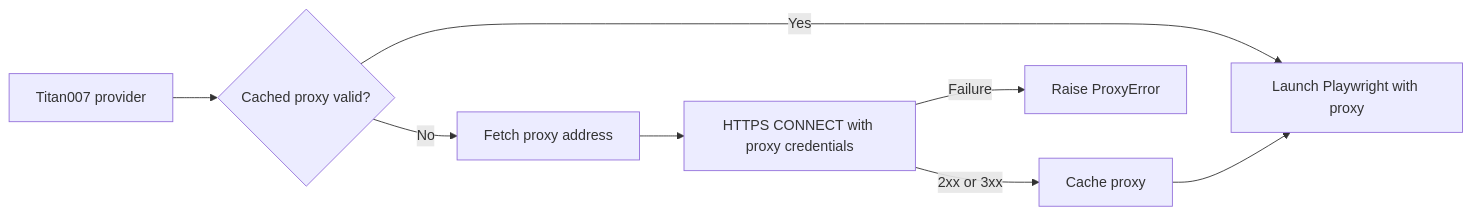
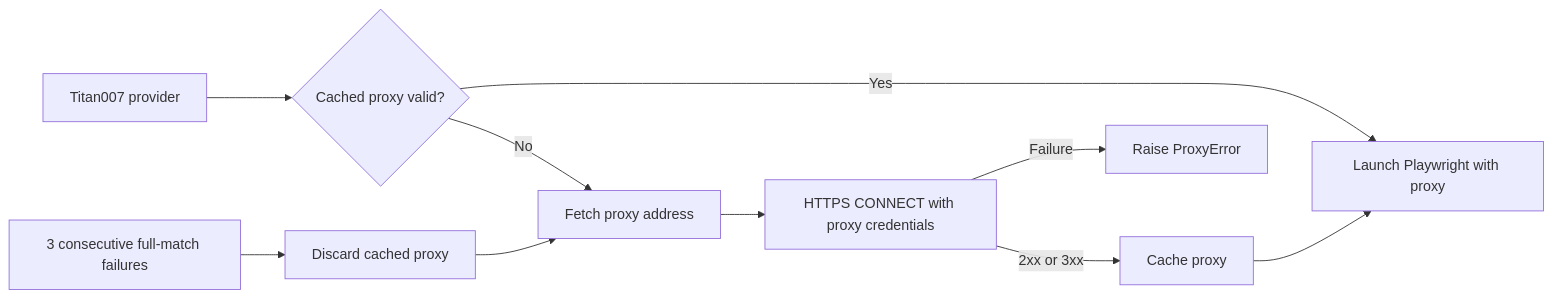
The third of 4 diagrams in docs/architecture/code-flow.md (adam-zou/football2607), drawn with Mermaid before and after one commit. The commit also changed other lines of this file and 28 other files, not shown here.

````diff
--- a/docs/architecture/code-flow.md
+++ b/docs/architecture/code-flow.md
@@ -218,10 +256,12 @@
 ```mermaid
 flowchart LR
     Provider["Titan007 provider"] --> Cache{"Cached proxy valid?"}
     Cache -->|Yes| Browser["Launch Playwright with proxy"]
     Cache -->|No| Supplier["Fetch proxy address"]
     Supplier --> Validate["HTTPS CONNECT with proxy credentials"]
     Validate -->|2xx or 3xx| Store["Cache proxy"]
     Store --> Browser
     Validate -->|Failure| Error["Raise ProxyError"]
+    SystemicFailure["3 consecutive full-match failures"] --> Force["Discard cached proxy"]
+    Force --> Supplier
 ```
````
